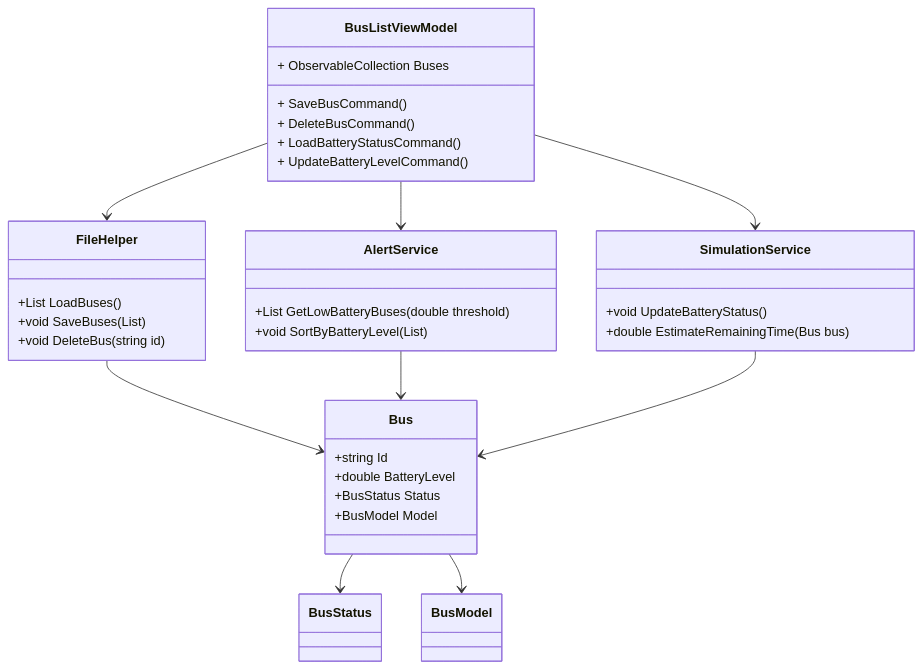
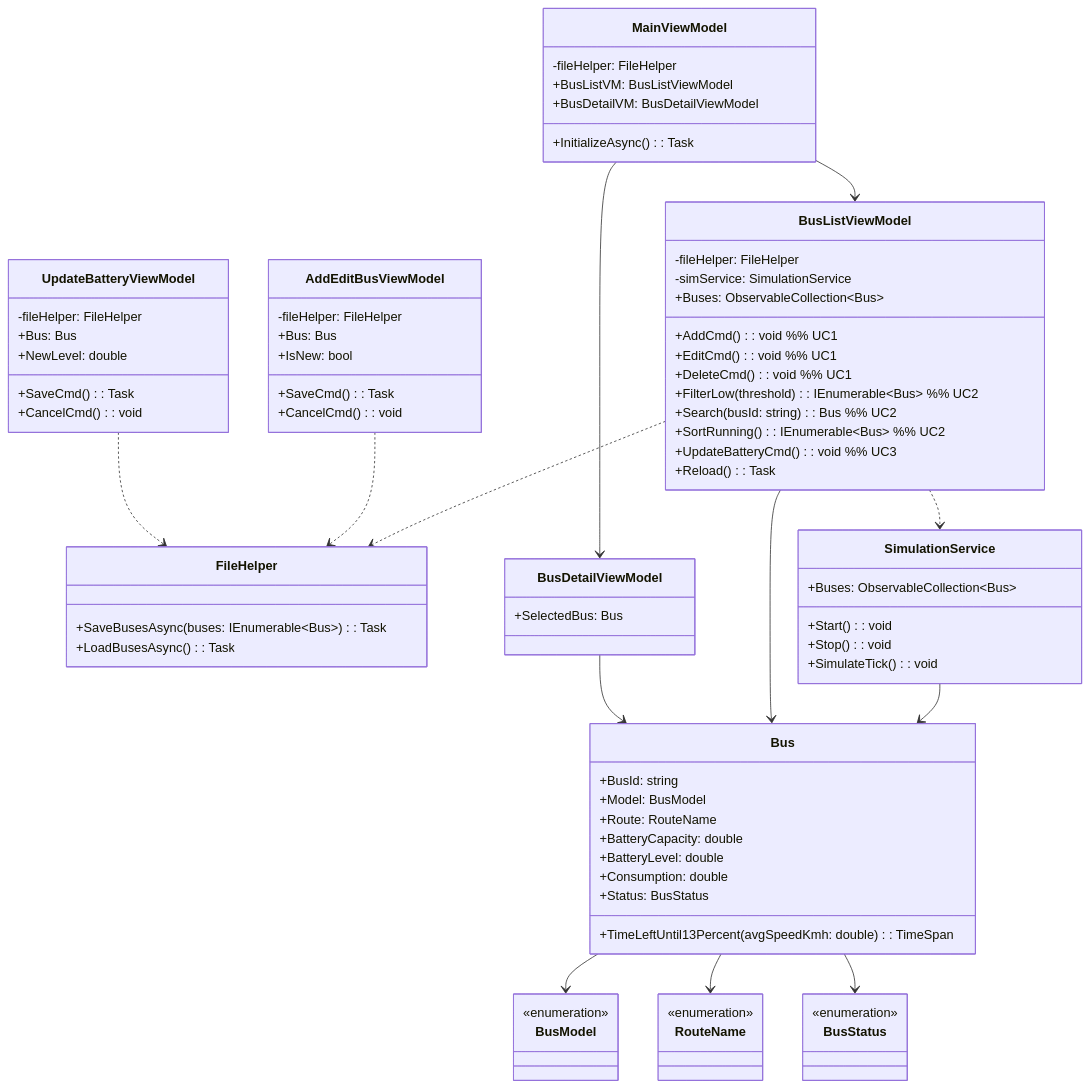
Before and after one commit to DMOof2025-Team-6/Getting-Real: the diagram in Dokumentation/Iteration 3/Use Case 1-2-3/DCD.mmd, drawn with Mermaid. The commit also changed 10 other files, not shown here.

```diff
--- a/Dokumentation/Iteration 3/Use Case 1-2-3/DCD.mmd
+++ b/Dokumentation/Iteration 3/Use Case 1-2-3/DCD.mmd
@@ -1,41 +1,85 @@
-%% DCD (Design Class Diagram) for Use Case 1 + 2 + 3
 classDiagram
-    class BusListViewModel {
-        + ObservableCollection<Bus> Buses
-        + SaveBusCommand()
-        + DeleteBusCommand()
-        + LoadBatteryStatusCommand()
-        + UpdateBatteryLevelCommand()
-    }
+%% =========== DOMAIN ===========
+class Bus {
+    +BusId: string
+    +Model: BusModel
+    +Route: RouteName
+    +BatteryCapacity: double
+    +BatteryLevel: double
+    +Consumption: double
+    +Status: BusStatus
+    +TimeLeftUntil13Percent(avgSpeedKmh: double): TimeSpan
+}
+class BusModel { <<enumeration>> }
+class RouteName { <<enumeration>> }
+class BusStatus { <<enumeration>> }
+Bus --> BusModel
+Bus --> RouteName
+Bus --> BusStatus
  
-    class FileHelper {
-        +List<Bus> LoadBuses()
-        +void SaveBuses(List<Bus>)
-        +void DeleteBus(string id)
-    }
+%% =========== FILE I/O ===========
+class FileHelper {
+    +SaveBusesAsync(buses: IEnumerable~Bus~): Task
+    +LoadBusesAsync(): Task<List~Bus~>
+}
  
-    class AlertService {
-        +List<Bus> GetLowBatteryBuses(double threshold)
-        +void SortByBatteryLevel(List<Bus>)
-    }
+%% =========== SERVICES ===========
+class SimulationService {
+    +Start(): void
+    +Stop(): void
+    +SimulateTick(): void
+    +Buses: ObservableCollection~Bus~
+}
+SimulationService --> Bus
  
-    class SimulationService {
-        +void UpdateBatteryStatus()
-        +double EstimateRemainingTime(Bus bus)
-    }
+%% =========== PRESENTATION ===========
+class BusListViewModel {
+    -fileHelper: FileHelper
+    -simService: SimulationService
+    +Buses: ObservableCollection~Bus~
+    +AddCmd(): void            %% UC1
+    +EditCmd(): void           %% UC1
+    +DeleteCmd(): void         %% UC1
+    +FilterLow(threshold): IEnumerable~Bus~   %% UC2
+    +Search(busId: string): Bus               %% UC2
+    +SortRunning(): IEnumerable~Bus~          %% UC2
+    +UpdateBatteryCmd(): void                 %% UC3
+    +Reload(): Task
+}
  
-    class Bus {
-        +string Id
-        +double BatteryLevel
-        +BusStatus Status
-        +BusModel Model
-    }
+class AddEditBusViewModel {
+    -fileHelper: FileHelper
+    +Bus: Bus
+    +IsNew: bool
+    +SaveCmd(): Task
+    +CancelCmd(): void
+}
  
-    BusListViewModel --> FileHelper
-    BusListViewModel --> AlertService
-    BusListViewModel --> SimulationService
-    FileHelper --> Bus
-    AlertService --> Bus
-    SimulationService --> Bus
-    Bus --> BusStatus
-    Bus --> BusModel
+class UpdateBatteryViewModel {
+    -fileHelper: FileHelper
+    +Bus: Bus
+    +NewLevel: double
+    +SaveCmd(): Task
+    +CancelCmd(): void
+}
+ 
+class BusDetailViewModel {
+    +SelectedBus: Bus
+}
+ 
+class MainViewModel {
+    -fileHelper: FileHelper
+    +BusListVM: BusListViewModel
+    +BusDetailVM: BusDetailViewModel
+    +InitializeAsync(): Task
+}
+ 
+%% -------- RELATIONS --------
+MainViewModel --> BusListViewModel
+MainViewModel --> BusDetailViewModel
+BusListViewModel ..> FileHelper
+BusListViewModel ..> SimulationService
+AddEditBusViewModel ..> FileHelper
+UpdateBatteryViewModel ..> FileHelper
+BusListViewModel --> Bus
+BusDetailViewModel --> Bus
```
